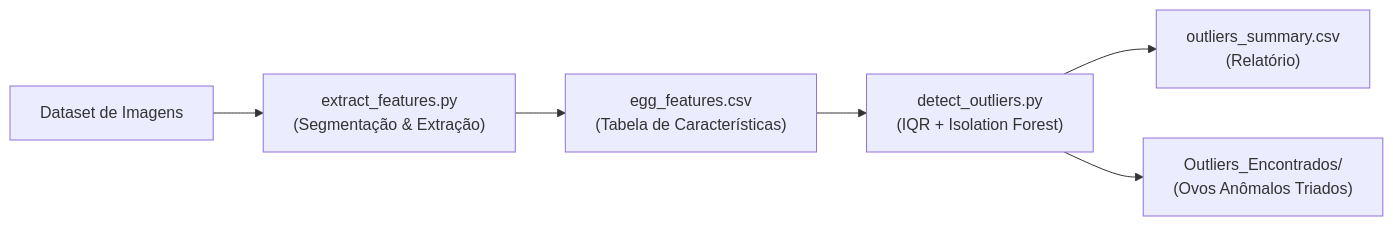
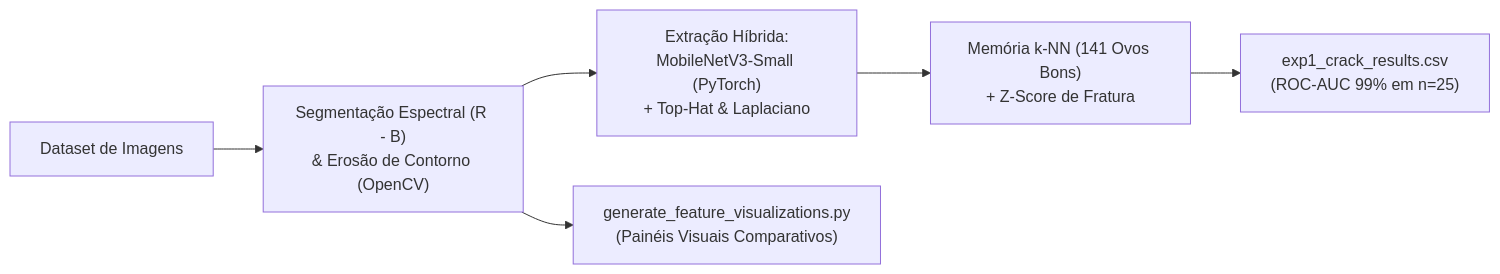
One commit to Landoftha/egg_outlier_detection changed the diagram in README.md. Above: the diagram before and after it, drawn with Mermaid. The commit also changed other lines of this file, not shown here.

Commit message:
docs: update README with experiment table, MobileNetV3 results (99% ROC-AUC on n=25), and architecture

````diff
--- a/README.md
+++ b/README.md
@@ -11,8 +26,8 @@
 ```mermaid
 flowchart LR
-    A["Dataset de Imagens"] --> B["extract_features.py\n(Segmentação & Extração)"]
-    B --> C["egg_features.csv\n(Tabela de Características)"]
-    C --> D["detect_outliers.py\n(IQR + Isolation Forest)"]
-    D --> E["outliers_summary.csv\n(Relatório)"]
-    D --> F["Outliers_Encontrados/\n(Ovos Anômalos Triados)"]
+    A["Dataset de Imagens"] --> B["Segmentação Espectral (R - B)\n& Erosão de Contorno (OpenCV)"]
+    B --> C["Extração Híbrida:\nMobileNetV3-Small (PyTorch)\n+ Top-Hat & Laplaciano"]
+    C --> D["Memória k-NN (141 Ovos Bons)\n+ Z-Score de Fratura"]
+    D --> E["exp1_crack_results.csv\n(ROC-AUC 99% em n=25)"]
+    B --> F["generate_feature_visualizations.py\n(Painéis Visuais Comparativos)"]
 ```
````
